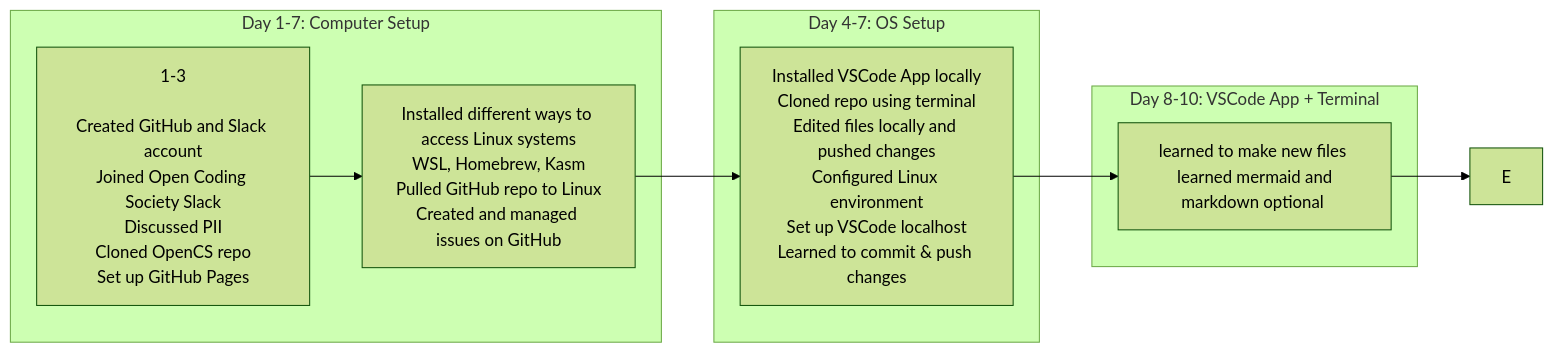
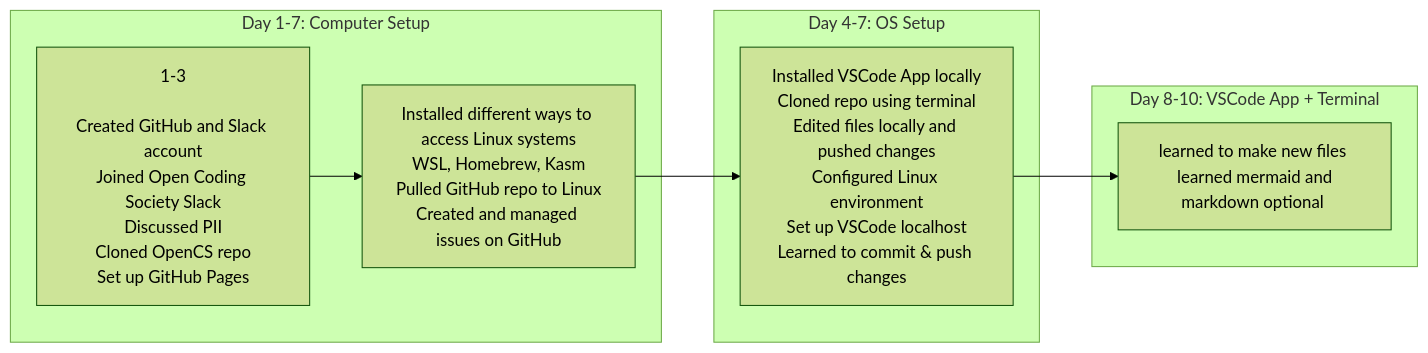
One commit to KMattAntonio256/student changed the second of 2 diagrams in _posts/Foundation/B-tools_and_equipment/2025-11-21-tools_quest.md. Above: the diagram before and after it, drawn with Mermaid (forest theme). The commit also changed other lines of this file, not shown here.

````diff
--- a/_posts/Foundation/B-tools_and_equipment/2025-11-21-tools_quest.md
+++ b/_posts/Foundation/B-tools_and_equipment/2025-11-21-tools_quest.md
@@ -18,25 +65,24 @@
 ```mermaid
 flowchart LR
     %% Day 1-7: Computer Setup
     subgraph Day_1[Day 1-7: Computer Setup]
         A[1-3<br/><br/>Created GitHub and Slack account<br/>Joined Open Coding Society Slack<br/>Discussed PII<br/>Cloned OpenCS repo<br/>Set up GitHub Pages]:::dayuno
         B[Installed different ways to access Linux systems<br/>WSL, Homebrew, Kasm<br/>Pulled GitHub repo to Linux<br/>Created and managed issues on GitHub]:::daydos
     end
 
     %% Day 4-7: OS Setup
     subgraph Day_2[Day 4-7: OS Setup]
         C[Installed VSCode App locally<br/>Cloned repo using terminal<br/>Edited files locally and pushed changes<br/>Configured Linux environment<br/>Set up VSCode localhost<br/>Learned to commit & push changes]:::daytres
     end
 
     %% Day 8-10: VSCode App & Terminal
     subgraph Day_3[Day 8-10: VSCode App + Terminal]
         D[learned to make new files <br/> learned mermaid and markdown optional <br/> ]:::daycuatro
     end
 
 
     %% Connect the Phases
     A --> B
     B --> C
     C --> D
-    D --> E
 ```
````
